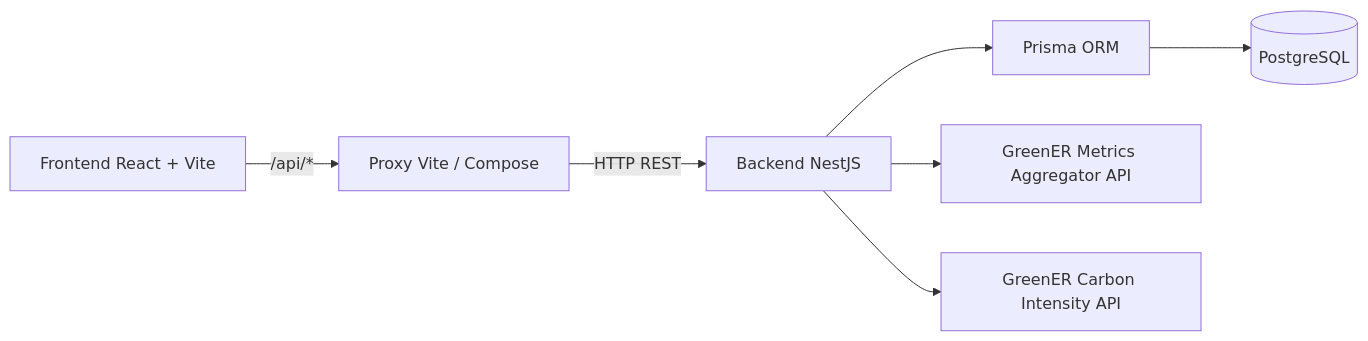
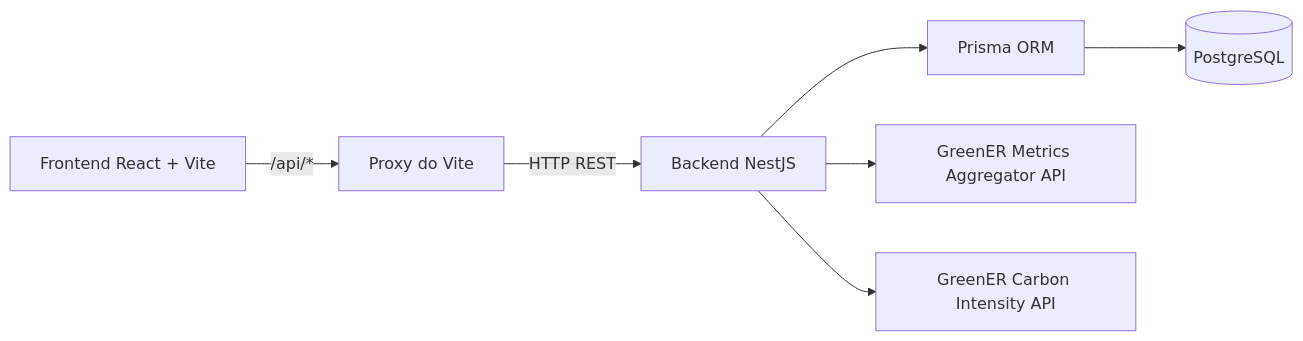
The first of 2 diagrams in README.md (abpundefined/3DSM-ABP-UNDEFINED), drawn with Mermaid before and after one commit. The commit also changed other lines of this file and 1 other file, not shown here.

Commit message:
docs(readme): corrige diagrama da arquitetura, diagrama ER e badges do CI (#21)

````diff
--- a/README.md
+++ b/README.md
@@ -81,9 +81,9 @@
 ```mermaid
 flowchart LR
-    Front[Frontend React + Vite] -->|/api/*| Proxy[Proxy Vite / Compose]
+    Front[Frontend React + Vite] -->|/api/*| Proxy[Proxy do Vite]
     Proxy -->|HTTP REST| API[Backend NestJS]
     API --> Prisma[Prisma ORM]
     Prisma --> DB[(PostgreSQL)]
     API --> Metrics[GreenER Metrics Aggregator API]
     API --> Carbon[GreenER Carbon Intensity API]
 ```
````
